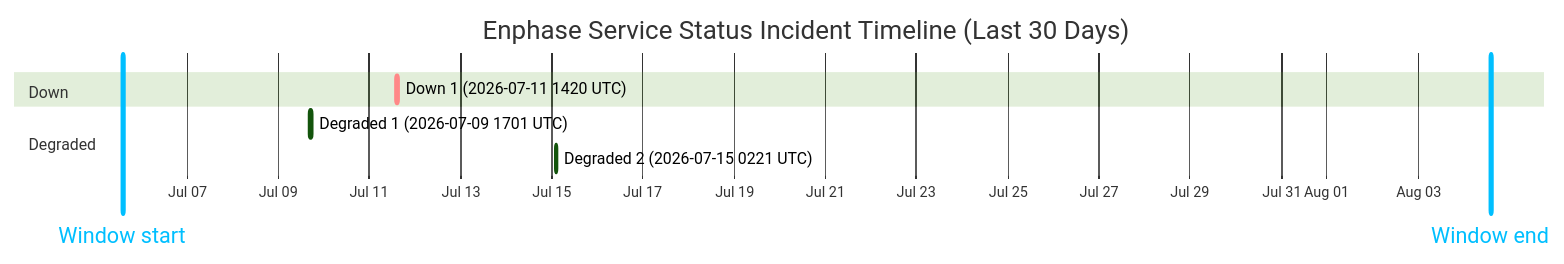
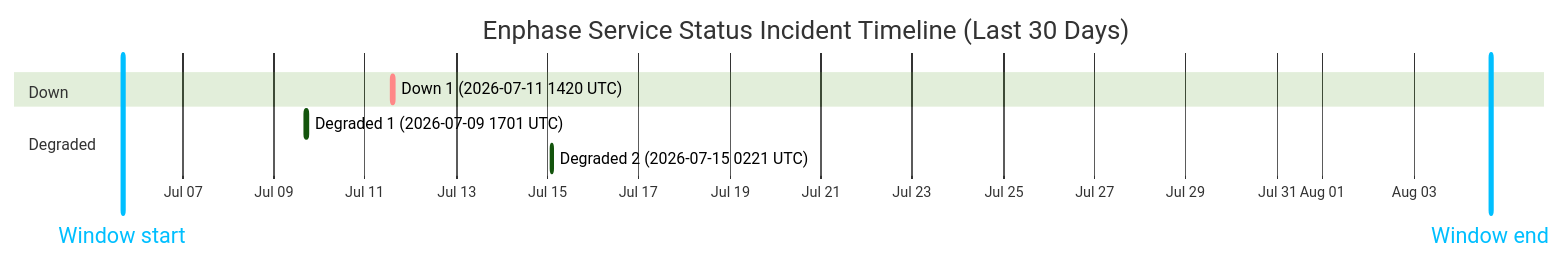
The diagram in wiki/Service-Status-History.md (barneyonline/ha-enphase-energy), drawn with Mermaid (forest theme) before and after one commit. The commit also changed other lines of this file and 3 other files, not shown here.

````diff
--- a/wiki/Service-Status-History.md
+++ b/wiki/Service-Status-History.md
@@ -14,13 +14,13 @@
 ```mermaid
 gantt
     title Enphase Service Status Incident Timeline (Last 30 Days)
     dateFormat  YYYY-MM-DDTHH:mm:ss
     axisFormat  %b %d
-    Window start :vert, window-start, 2026-07-05T14:06:47, 0ms
-    Window end :vert, window-end, 2026-08-04T14:06:47, 0ms
+    Window start :vert, window-start, 2026-07-05T16:26:37, 0ms
+    Window end :vert, window-end, 2026-08-04T16:26:37, 0ms
     section Down
     Down 1 (2026-07-11 1420 UTC) :crit, down-1, 2026-07-11T14:20:54, 69m
     section Degraded
     Degraded 1 (2026-07-09 1701 UTC) :active, degraded-1, 2026-07-09T17:01:02, 60m
     Degraded 2 (2026-07-15 0221 UTC) :active, degraded-2, 2026-07-15T02:21:35, 60m
 ```
````
